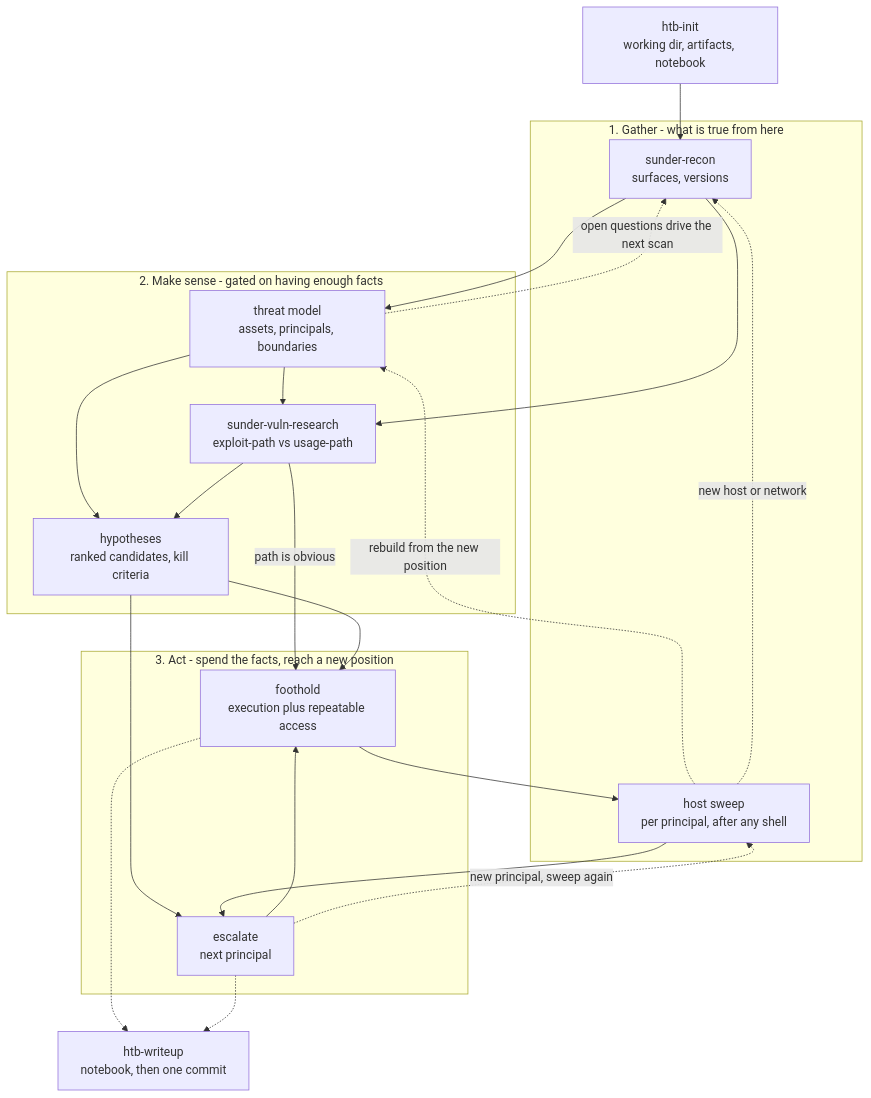
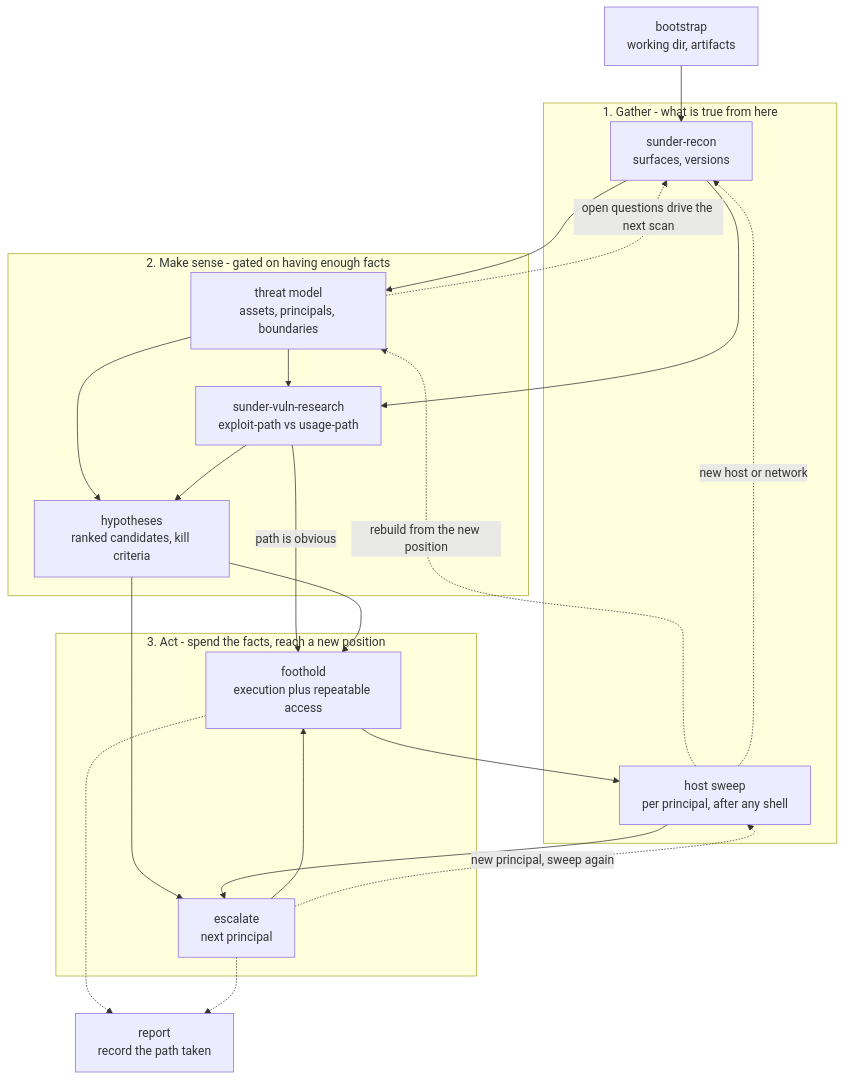
The diagram in .claude/skills/sunder/SKILL.md (h1994st/HTB), drawn with Mermaid before and after one commit. The commit also changed other lines of this file and 1 other file, not shown here.

Commit message:
refactor: remove HTB bindings from sunder, move them to CLAUDE.md

````diff
--- a/.claude/skills/sunder/SKILL.md
+++ b/.claude/skills/sunder/SKILL.md
@@ -57,42 +59,42 @@
 ```mermaid
 flowchart TD
-    init["htb-init<br/>working dir, artifacts, notebook"]
+    init["bootstrap<br/>working dir, artifacts"]
 
     subgraph GATHER["1. Gather - what is true from here"]
         recon["sunder-recon<br/>surfaces, versions"]
         sweep["host sweep<br/>per principal, after any shell"]
     end
 
     subgraph SENSE["2. Make sense - gated on having enough facts"]
         model["threat model<br/>assets, principals, boundaries"]
         research["sunder-vuln-research<br/>exploit-path vs usage-path"]
         hypo["hypotheses<br/>ranked candidates, kill criteria"]
     end
 
     subgraph ACT["3. Act - spend the facts, reach a new position"]
         foothold["foothold<br/>execution plus repeatable access"]
         escalate["escalate<br/>next principal"]
     end
 
-    writeup["htb-writeup<br/>notebook, then one commit"]
+    report["report<br/>record the path taken"]
 
     init --> recon
     recon --> model
     recon --> research
     model --> research
     model --> hypo
     research --> hypo
     research -->|path is obvious| foothold
     hypo --> foothold
     hypo --> escalate
     foothold --> sweep
     sweep --> escalate
     escalate --> foothold
 
     model -.->|open questions drive the next scan| recon
     sweep -.->|rebuild from the new position| model
     sweep -.->|new host or network| recon
     escalate -.->|new principal, sweep again| sweep
-    foothold -.-> writeup
-    escalate -.-> writeup
+    foothold -.-> report
+    escalate -.-> report
 ```
````
